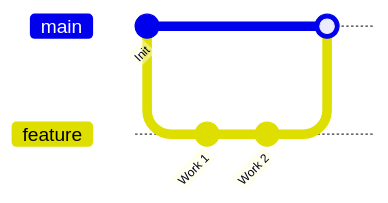
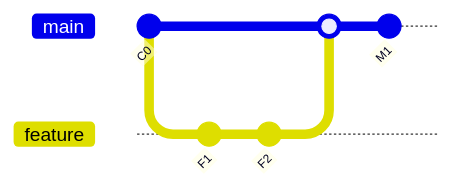
The second of 5 diagrams in 2.GIT/New.md (BetterCallSatish/DevOps), drawn with Mermaid before and after one commit. The commit also changed other lines of this file, not shown here.

````diff
--- a/2.GIT/New.md
+++ b/2.GIT/New.md
@@ -102,10 +100,11 @@
 ```mermaid
 gitGraph
-  commit id: "Init"
+  commit id: "C0"
   branch feature
   checkout feature
-  commit id: "Work 1"
-  commit id: "Work 2"
+  commit id: "F1"
+  commit id: "F2"
   checkout main
   merge feature
+  commit id: "M1"
 ```
````
